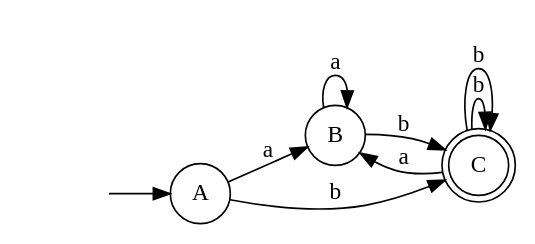
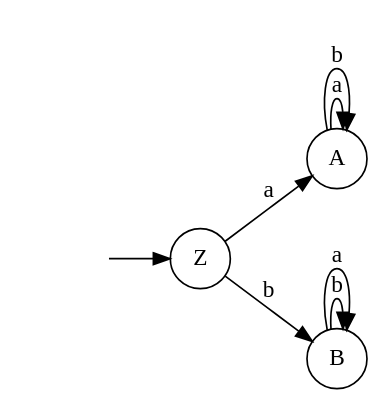
The diagram in Automate Picture/AutomataPicture.dot (arjen0203/AutomataReader), drawn with Graphviz before and after one commit. The commit also changed 17 other files, not shown here.

```diff
--- a/Automate Picture/AutomataPicture.dot
+++ b/Automate Picture/AutomataPicture.dot
@@ -1,16 +1,15 @@
 digraph myAutomaton { 
 rankdir=LR; 
 "" [shape=none] 
+"Z" [shape=circle] 
 "A" [shape=circle] 
 "B" [shape=circle] 
-"C" [shape=doublecircle] 
 
-"" -> "A" 
-"A" -> "B" [label="a"] 
-"A" -> "C" [label="b"] 
+"" -> "Z" 
+"Z" -> "A" [label="a"] 
+"Z" -> "B" [label="b"] 
+"A" -> "A" [label="a"] 
+"A" -> "A" [label="b"] 
+"B" -> "B" [label="b"] 
 "B" -> "B" [label="a"] 
-"B" -> "C" [label="b"] 
-"C" -> "B" [label="a"] 
-"C" -> "C" [label="b"] 
-"C" -> "C" [label="b"] 
 }
```
